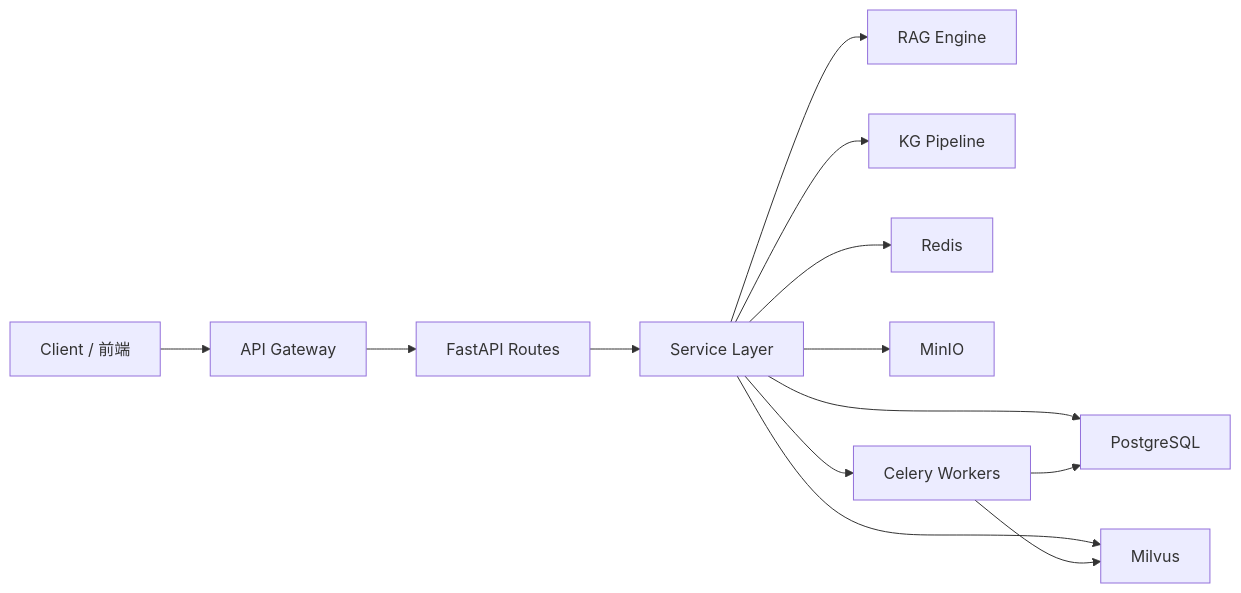
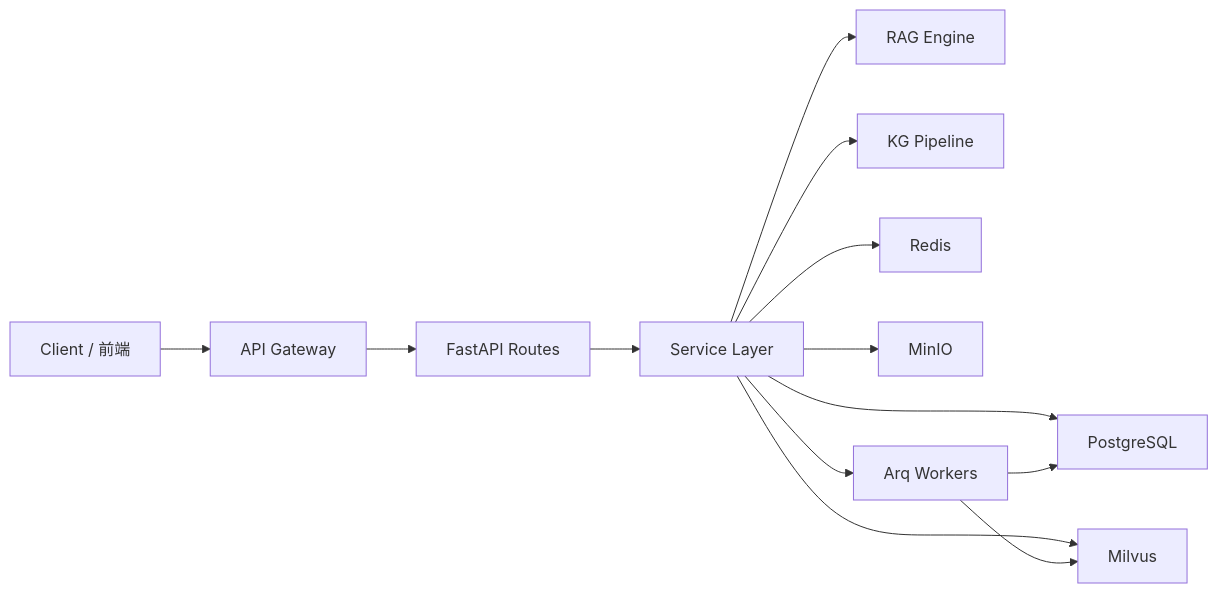
One commit to skygazer42/MimirQ changed the diagram in docs-site/docs/backend/welcome.md. Above: the diagram before and after it, drawn with Mermaid. The commit also changed other lines of this file and 34 other files, not shown here.

````diff
--- a/docs-site/docs/backend/welcome.md
+++ b/docs-site/docs/backend/welcome.md
@@ -24,25 +24,25 @@
 ```mermaid
 graph LR
     Client["Client / 前端"]
     GW["API Gateway"]
     API["FastAPI Routes"]
     SVC["Service Layer"]
     RAG["RAG Engine"]
     KG["KG Pipeline"]
     DB["PostgreSQL"]
     VEC["Milvus"]
     CACHE["Redis"]
     OSS["MinIO"]
-    TASK["Celery Workers"]
+    TASK["Arq Workers"]
 
     Client --> GW --> API --> SVC
     SVC --> RAG
     SVC --> KG
     SVC --> DB
     SVC --> VEC
     SVC --> CACHE
     SVC --> OSS
     SVC --> TASK
     TASK --> DB
     TASK --> VEC
 ```
````
